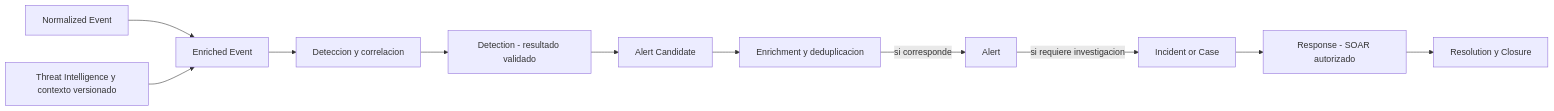
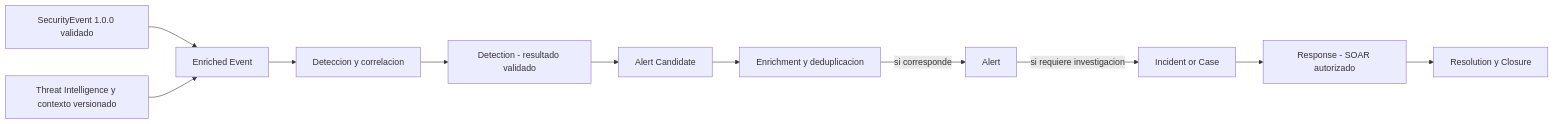
The diagram in docs/diagrams/10-detection-correlation.mmd (CyberStill-GmbH/qapaq-secops), drawn with Mermaid before and after one commit. The commit also changed 14 other files, not shown here.

Commit message:
docs(arquitectura): integrar SecurityEvent en el flujo SOC

```diff
--- a/docs/diagrams/10-detection-correlation.mmd
+++ b/docs/diagrams/10-detection-correlation.mmd
@@ -1,18 +1,18 @@
 flowchart LR
-    EVENT["Normalized Event"]
+    EVENT["SecurityEvent 1.0.0 validado"]
     CTX["Threat Intelligence y contexto versionado"]
     ENR["Enriched Event"]
     ENGINE["Deteccion y correlacion"]
     RESULT["Detection - resultado validado"]
     CAND["Alert Candidate"]
     QUALIFY["Enrichment y deduplicacion"]
     ALERT["Alert"]
     SOC["Incident or Case"]
     RESPONSE["Response - SOAR autorizado"]
     CLOSE["Resolution y Closure"]
     EVENT --> ENR
     CTX --> ENR
     ENR --> ENGINE --> RESULT --> CAND --> QUALIFY
     QUALIFY -->|si corresponde| ALERT
     ALERT -->|si requiere investigacion| SOC
     SOC --> RESPONSE --> CLOSE
```
